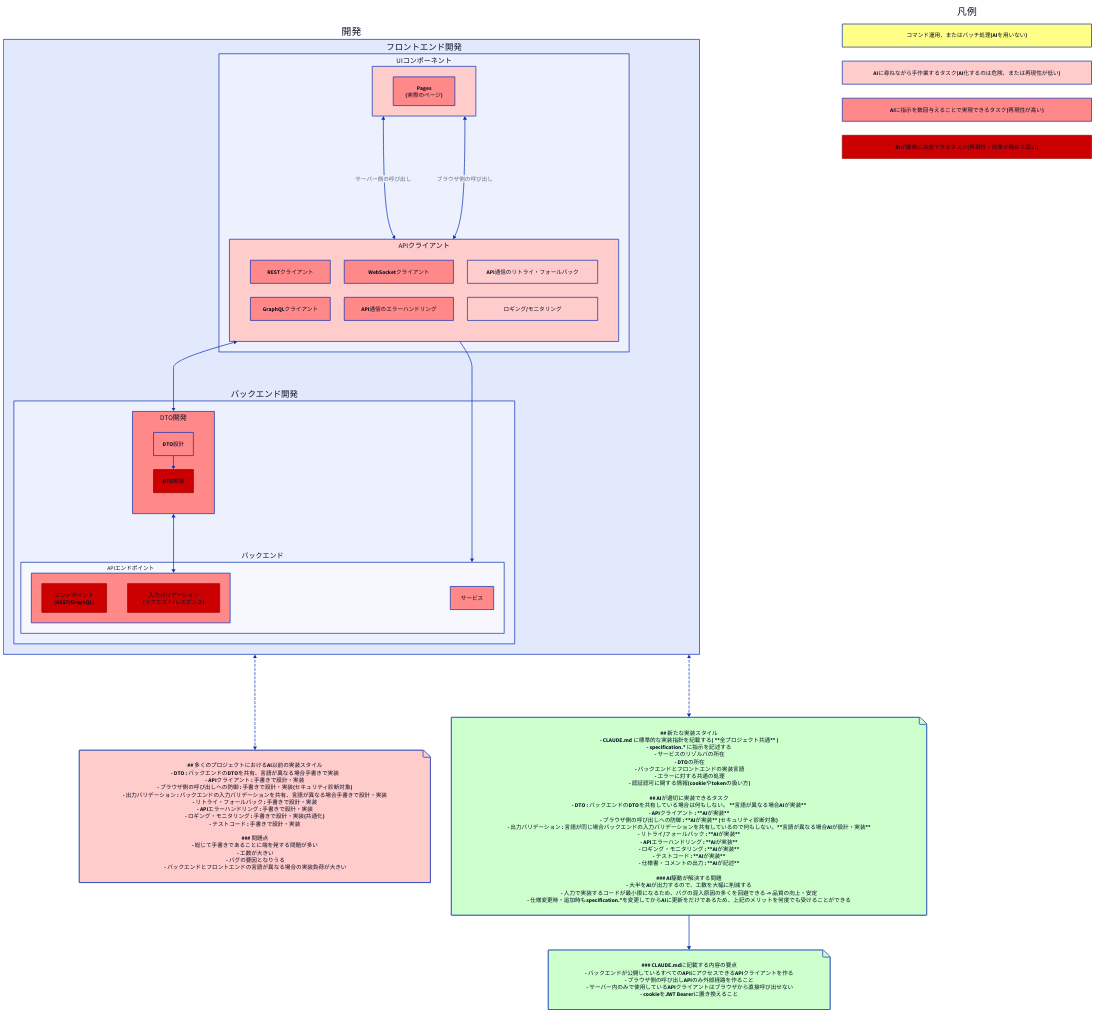
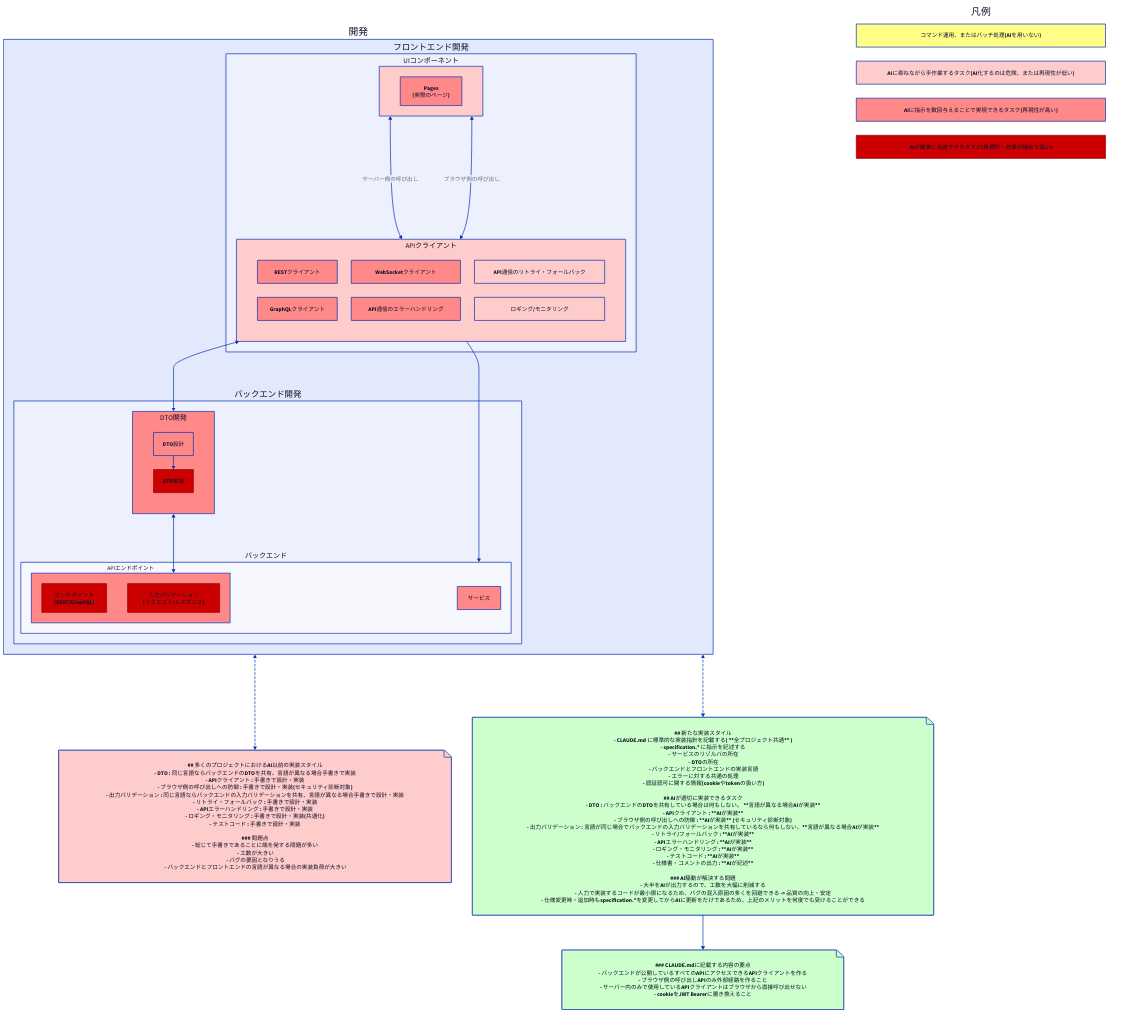
Before and after one commit to nenaaki/ai-effective-project: the diagram in docs/problem-02/problem-02.d2, drawn with D2. The commit also changed 1 other file, not shown here.

```diff
--- a/docs/problem-02/problem-02.d2
+++ b/docs/problem-02/problem-02.d2
@@ -1,184 +1,184 @@
 classes: {
   command: {
     style: {
       fill: "#ffff88"
     }
   }
   ai-effective-weak: {
     style: {
       fill: "#ffcccc"
     }
   }
   ai-effective: {
     style: {
       fill: "#ff8888"
     }
   }
   ai-effective-strong: {
     style: {
       fill: "#cc0000"
       stroke: "#990000"
       stroke-width: 2
     }
   }
 }
 
 development {
   label: "開発"
   frontend-development {
     label: "フロントエンド開発"
 
     ui-components {
       label: "UIコンポーネント"
       class: ai-effective-weak
       pages: "Pages\n(実際のページ)" { class: ai-effective }
 
     }
     api-client {
       label: "APIクライアント"
       grid-columns: 3
       class: ai-effective-weak
       "RESTクライアント" { class: ai-effective }
       "GraphQLクライアント" { class: ai-effective }
       "WebSocketクライアント" { class: ai-effective }
       "API通信のエラーハンドリング" { class: ai-effective }
       "API通信のリトライ・フォールバック" { class: ai-effective-weak }
       "ロギング/モニタリング" { class: ai-effective-weak }
     }
 
     ui-components <-> api-client: "サーバー側の呼び出し" 
     ui-components <-> api-client: "ブラウザ側の呼び出し" 
   }
 
   # バックエンド開発
   backend-development {
     label: "バックエンド開発"
 
     dto-development {
       label: "DTO開発"
       class: ai-effective
       grid-columns: 1
       dto-design: "DTO設計" { class: ai-effective }
       dto-implementation: "DTO実装" { class: ai-effective-strong }
 
       dto-design -> dto-implementation
     }
 
     backend {
       label: "バックエンド"
       
       api {
         label: "APIエンドポイント"
         class: ai-effective
         endpoints: "エンドポイント\n(REST/GraphQL)" { class: ai-effective-strong }
         validation: "入力バリデーション\n(リクエスト/レスポンス)" { class: ai-effective-strong }
       }
       service-definition {
         label: "サービス"
         class: ai-effective
       }
     }
   }
 
   # developmentの依存関係
   frontend-development.api-client <-> backend-development.dto-development
   backend-development.dto-development <-> backend-development.backend.api
 
   frontend-development.api-client -> backend-development.backend
 }
 
 "凡例": {
   label: "凡例"
   style: {
     fill: "#ffffff"
     stroke: "#000000"
     stroke-width: 0
   }
   grid-rows: 4
     command: "コマンド運用、またはバッチ処理(AIを用いない)" { class: command }
     ai-effective-weak: "AIに尋ねながら手作業するタスク(AI化するのは危険、または再現性が低い)" { class: ai-effective-weak }
     ai-effective: "AIに指示を数回与えることで実現できるタスク(再現性が高い)" { class: ai-effective }
     ai-effective-strong: "AIが確実に完遂できるタスク(再現性・効果が極めて高い)" { class: ai-effective-strong }
 }
 
 asis: |md
 ## 多くのプロジェクトにおけるAI以前の実装スタイル
-- DTO : バックエンドのDTOを共有、言語が異なる場合手書きで実装
+- DTO : 同じ言語ならバックエンドのDTOを共有、言語が異なる場合手書きで実装
 - APIクライアント : 手書きで設計・実装
 - ブラウザ側の呼び出しへの防御 : 手書きで設計・実装(セキュリティ診断対象)
-- 出力バリデーション : バックエンドの入力バリデーションを共有、言語が異なる場合手書きで設計・実装
+- 出力バリデーション : 同じ言語ならバックエンドの入力バリデーションを共有、言語が異なる場合手書きで設計・実装
 - リトライ・フォールバック : 手書きで設計・実装
 - APIエラーハンドリング : 手書きで設計・実装
 - ロギング・モニタリング : 手書きで設計・実装(共通化)
 - テストコード : 手書きで設計・実装
 
 ### 問題点
 - 総じて手書きであることに端を発する問題が多い
   - 工数が大きい
   - バグの要因となりうる
   - バックエンドとフロントエンドの言語が異なる場合の実装負荷が大きい
 |
 
 asis.shape: page
 asis.style: {
   fill: "#ffcccc"
 }
 
 tobe: |md
 ## 新たな実装スタイル
 - CLAUDE.md に標準的な実装指針を記載する( **全プロジェクト共通** )
 - specification.* に指示を記述する
   - サービスのリゾルバの所在
   - DTOの所在
   - バックエンドとフロントエンドの実装言語
   - エラーに対する共通の処理
   - 認証認可に関する情報(cookieやtokenの扱い方)
 
 ## AIが適切に実装できるタスク
 - DTO : バックエンドのDTOを共有している場合は何もしない。 **言語が異なる場合AIが実装**
 - APIクライアント : **AIが実装**
 - ブラウザ側の呼び出しへの防御 : **AIが実装** (セキュリティ診断対象)
-- 出力バリデーション : 言語が同じ場合バックエンドの入力バリデーションを共有しているので何もしない。**言語が異なる場合AIが設計・実装**
+- 出力バリデーション : 言語が同じ場合でバックエンドの入力バリデーションを共有しているなら何もしない。**言語が異なる場合AIが実装**
 - リトライ/フォールバック : **AIが実装**
 - APIエラーハンドリング : **AIが実装**
 - ロギング・モニタリング : **AIが実装**
 - テストコード : **AIが実装**
 - 仕様書・コメントの出力 : **AIが記述**
 
 ### AI駆動が解決する問題
 - 大半をAIが出力するので、工数を大幅に削減する
 - 人力で実装するコードが最小限になるため、バグの混入原因の多くを回避できる -> 品質の向上・安定
 - 仕様変更時・追加時もspecification.*を変更してからAIに更新をだけであるため、上記のメリットを何度でも受けることができる
 |
 
 tobe.shape: page
 tobe.style: {
   fill: "#ccffcc"
 }
 
 claude-md: |md
 ### CLAUDE.mdに記載する内容の要点
 - バックエンドが公開しているすべてのAPIにアクセスできるAPIクライアントを作る
 - ブラウザ側の呼び出しAPIのみ外部経路を作ること
   - サーバー内のみで使用しているAPIクライアントはブラウザから直接呼び出せない
 - cookieをJWT Bearerに置き換えること
 |
 
 claude-md.shape: page
 claude-md.style: {
   fill: "#ccffcc"
 }
 
 
 # 点線でつなぐ（吹き出しの引き出し線風）
 development <-> asis: {
   style: {
     stroke-dash: 3
   }
 }
 development <-> tobe: {
   style: {
     stroke-dash: 3
   }
 }
 tobe -> claude-md
```
